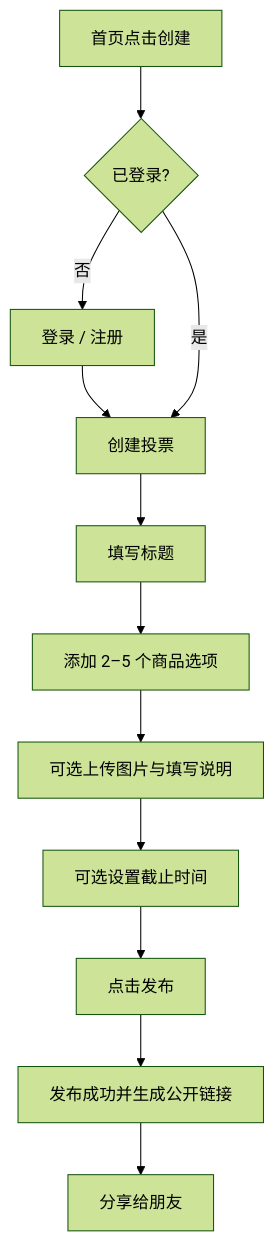
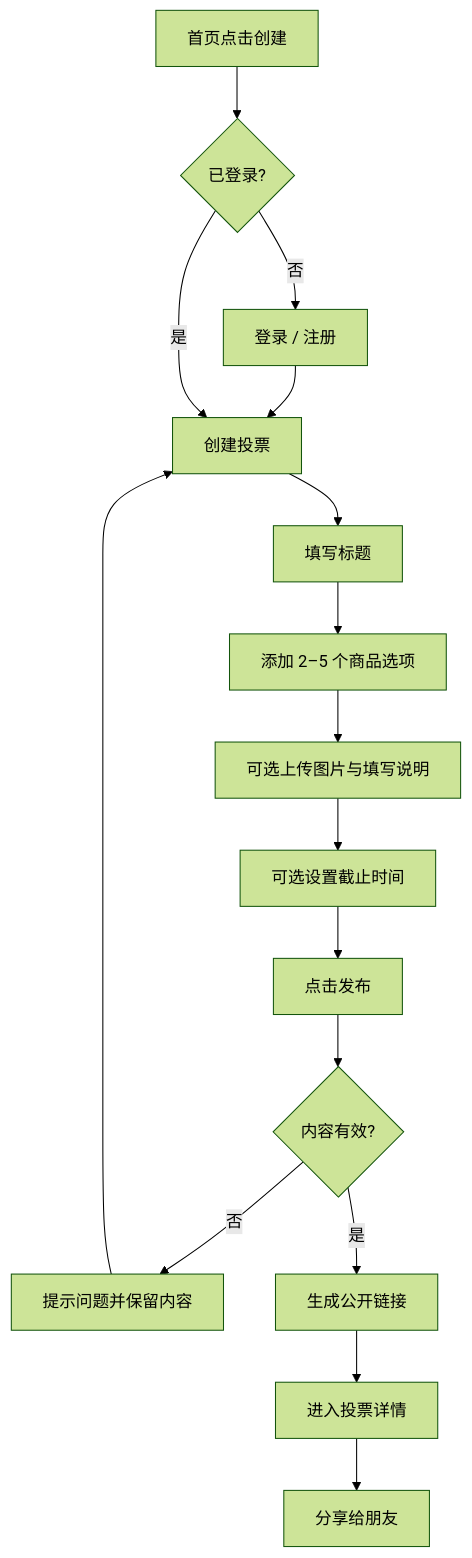
The second of 8 diagrams in docs/UserFlow.md (sd5913/The-Aliien-Repo), drawn with Mermaid (forest theme) before and after one commit. The commit also changed other lines of this file and 3 other files, not shown here.

````diff
--- a/docs/UserFlow.md
+++ b/docs/UserFlow.md
@@ -49,16 +49,20 @@
 ```mermaid
 flowchart TD
     A[首页点击创建] --> B{已登录?}
     B -->|否| C[登录 / 注册]
     C --> D[创建投票]
     B -->|是| D
 
     D --> E[填写标题]
     E --> F[添加 2–5 个商品选项]
     F --> G[可选上传图片与填写说明]
     G --> H[可选设置截止时间]
     H --> I[点击发布]
 
-    I --> L[发布成功并生成公开链接]
-    L --> N[分享给朋友]
+    I --> J{内容有效?}
+    J -->|否| K[提示问题并保留内容]
+    K --> D
+    J -->|是| L[生成公开链接]
+    L --> M[进入投票详情]
+    M --> N[分享给朋友]
 ```
````
